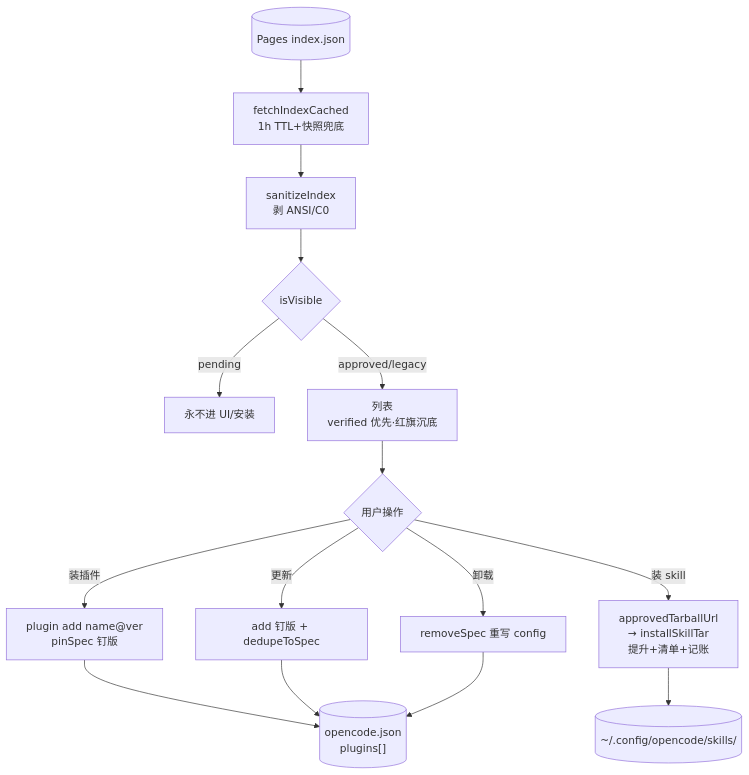
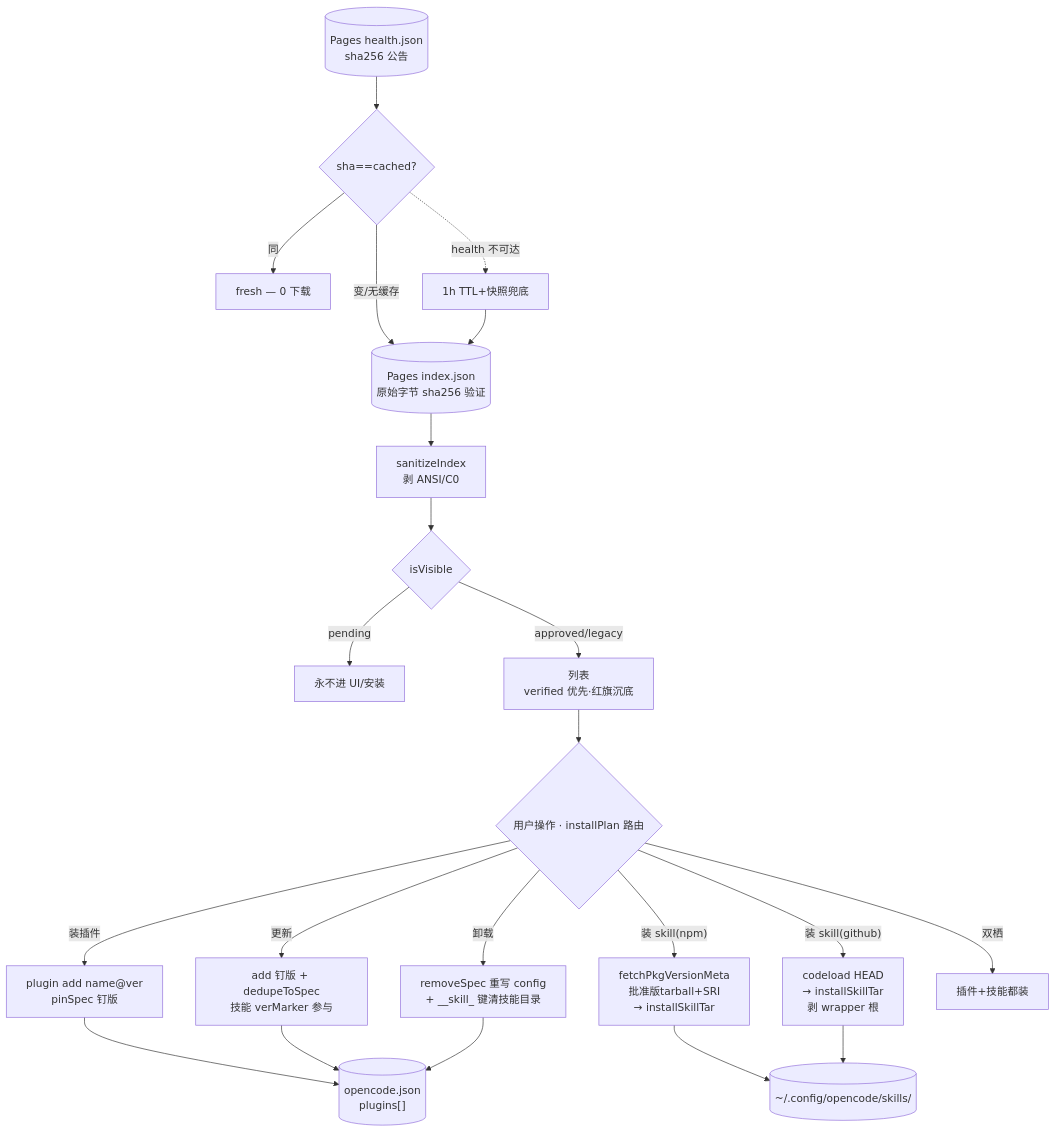
One commit to awesome-market/awesome-opencode-market changed diagram 11 of 11 in docs/DATA-FLOWS.md. Above: the diagram before and after it, drawn with Mermaid. The commit also changed other lines of this file and 21 other files, not shown here.

````diff
--- a/docs/DATA-FLOWS.md
+++ b/docs/DATA-FLOWS.md
@@ -622,15 +626,21 @@
 ```mermaid
 flowchart TB
-  IDX[("Pages index.json")] --> FE["fetchIndexCached<br/>1h TTL+快照兜底"]
-  FE --> SA["sanitizeIndex<br/>剥 ANSI/C0"]
-  SA --> VI{"isVisible"}
+  HL[("Pages health.json<br/>sha256 公告")] --> MF{"sha==cached?"}
+  MF -->|"同"| FR["fresh — 0 下载"]
+  MF -->|"变/无缓存"| IDX[("Pages index.json<br/>原始字节 sha256 验证")]
+  IDX --> FE["sanitizeIndex<br/>剥 ANSI/C0"]
+  MF -.->|"health 不可达"| TTL["1h TTL+快照兜底"]
+  TTL --> IDX
+  FE --> VI{"isVisible"}
   VI -->|"pending"| NO["永不进 UI/安装"]
   VI -->|"approved/legacy"| UI["列表<br/>verified 优先·红旗沉底"]
-  UI --> AC{"用户操作"}
+  UI --> AC{"用户操作 · installPlan 路由"}
   AC -->|"装插件"| PI["plugin add name@ver<br/>pinSpec 钉版"]
-  AC -->|"更新"| UP["add 钉版 + dedupeToSpec"]
-  AC -->|"卸载"| UN["removeSpec 重写 config"]
-  AC -->|"装 skill"| SI["approvedTarballUrl<br/>→ installSkillTar<br/>提升+清单+记账"]
+  AC -->|"更新"| UP["add 钉版 + dedupeToSpec<br/>技能 verMarker 参与"]
+  AC -->|"卸载"| UN["removeSpec 重写 config<br/>+ __skill_ 键清技能目录"]
+  AC -->|"装 skill(npm)"| SI["fetchPkgVersionMeta<br/>批准版tarball+SRI<br/>→ installSkillTar"]
+  AC -->|"装 skill(github)"| SG["codeload HEAD<br/>→ installSkillTar<br/>剥 wrapper 根"]
+  AC -->|"双栖"| BOTH["插件+技能都装"]
   PI & UP & UN --> CFG[("opencode.json<br/>plugins[]")]
-  SI --> SKD[("~/.config/opencode/skills/")]
+  SI & SG --> SKD[("~/.config/opencode/skills/")]
 ```
````
